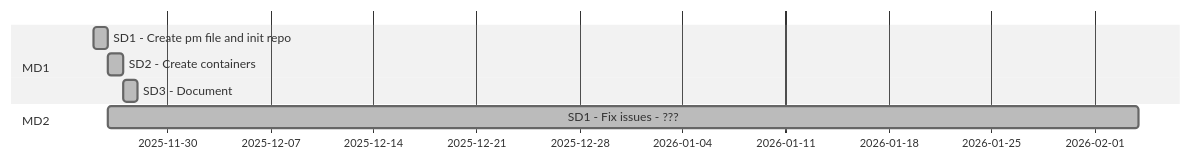
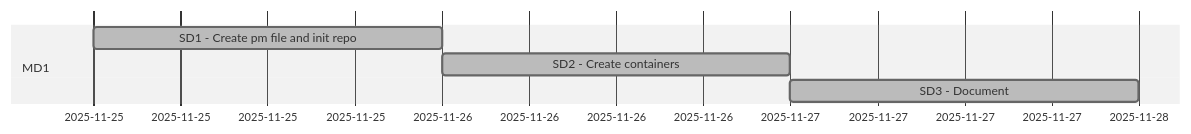
Before and after one commit to hoss-java/containers: the first of 2 diagrams in DECK.md, drawn with Mermaid (neutral theme).

Commit message:
[W48-C004] Document the created containers - patch 4.
Deck-Link: https://github.com/hoss-java/containers/blob/main/DECK.md#48-004

````diff
--- a/DECK.md
+++ b/DECK.md
@@ -27,10 +27,7 @@
 ```mermaid
 gantt
     section MD1
     SD1 - Create pm file and init repo                 :done,md1des1, 2025-11-25,1d
     SD2 - Create containers              :done,md1des2, after md1des1,1d
     SD3 - Document          :done,md1des3, after md1des2,1d
-
-    section MD2
-    SD1 - Fix issues - ???                     :done,md2des1, 2025-11-26,10w
 ```
````
